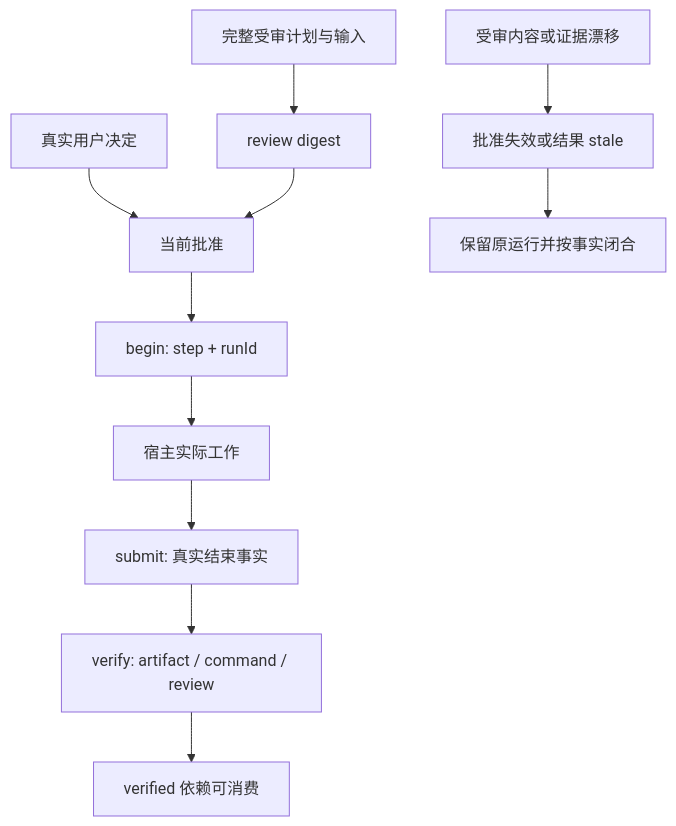
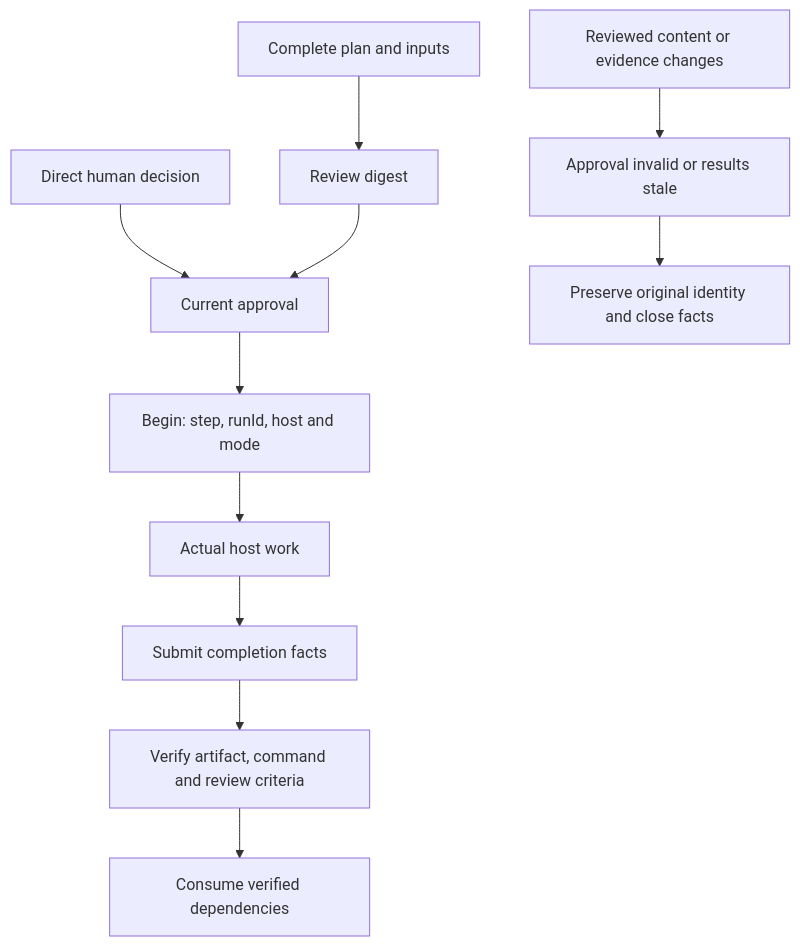
One commit to Frrrrred/SCIAutoHarness changed the diagram in docs/ARCHITECTURE.md. Above: the diagram before and after it, drawn with Mermaid. The commit also changed other lines of this file and 38 other files, not shown here.

````diff
--- a/docs/ARCHITECTURE.md
+++ b/docs/ARCHITECTURE.md
@@ -17,13 +18,13 @@
 ```mermaid
 flowchart TD
-    P[完整受审计划与输入] --> R[review digest]
-    U[真实用户决定] --> A[当前批准]
+    P[Complete plan and inputs] --> R[Review digest]
+    U[Direct human decision] --> A[Current approval]
     R --> A
-    A --> B[begin: step + runId]
-    B --> W[宿主实际工作]
-    W --> S[submit: 真实结束事实]
-    S --> V[verify: artifact / command / review]
-    V --> D[verified 依赖可消费]
-    X[受审内容或证据漂移] --> T[批准失效或结果 stale]
-    T --> C[保留原运行并按事实闭合]
+    A --> B[Begin: step, runId, host and mode]
+    B --> W[Actual host work]
+    W --> S[Submit completion facts]
+    S --> V[Verify artifact, command and review criteria]
+    V --> D[Consume verified dependencies]
+    X[Reviewed content or evidence changes] --> T[Approval invalid or results stale]
+    T --> C[Preserve original identity and close facts]
 ```
````
